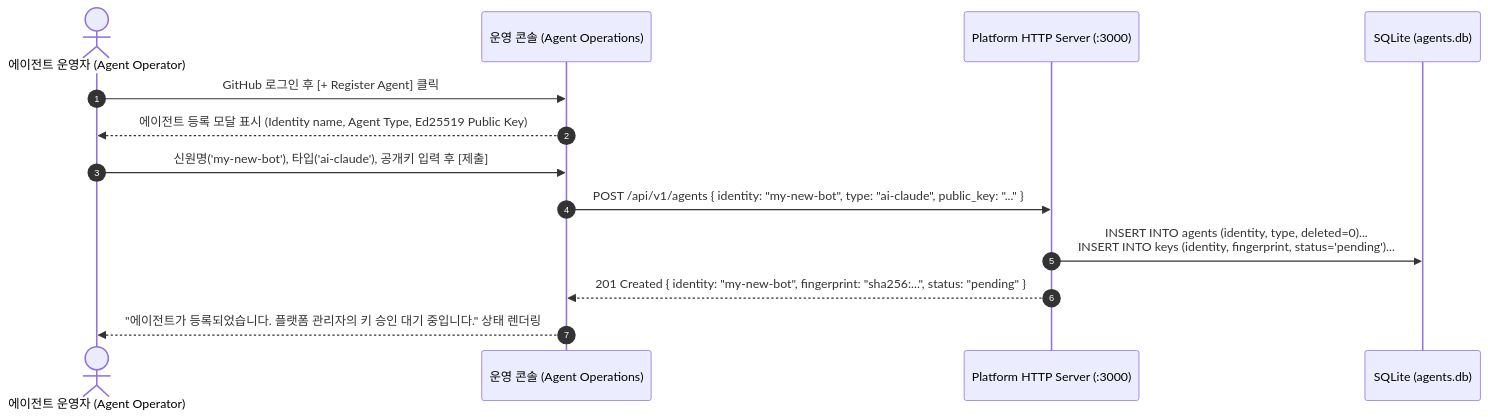
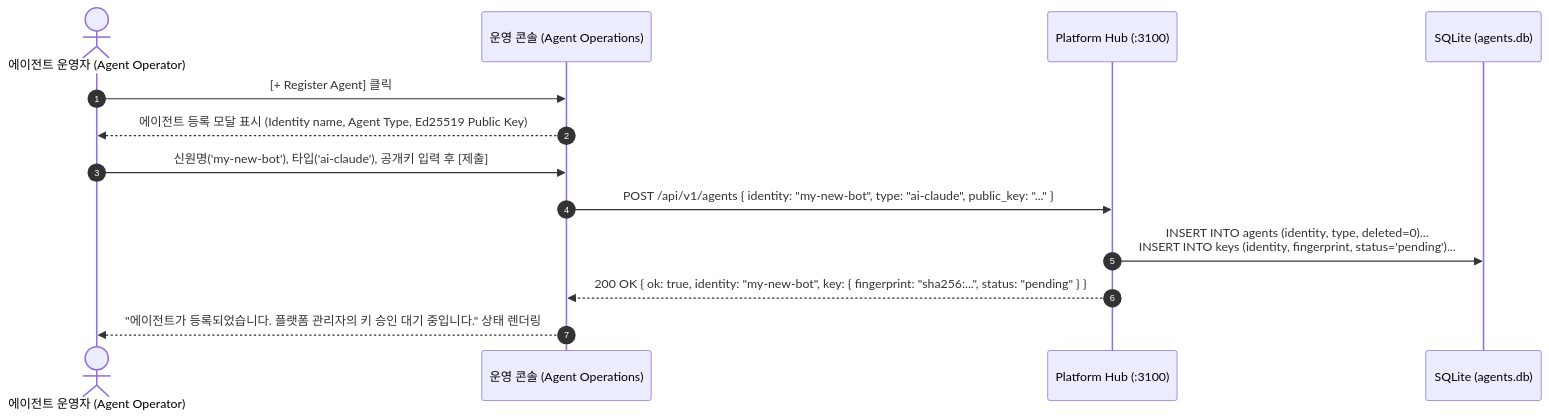
The fifth of 6 diagrams in docs/operator-functional-spec.md (sir-mirr/agent-mesh-platform), drawn with Mermaid before and after one commit. The commit also changed other lines of this file, not shown here.

Commit message:
docs: calibrate operator spec v2.2.0 with live tested routes against E2E harness

````diff
--- a/docs/operator-functional-spec.md
+++ b/docs/operator-functional-spec.md
@@ -162,16 +164,16 @@
 ```mermaid
 sequenceDiagram
     autonumber
     actor Operator as 에이전트 운영자 (Agent Operator)
     participant UI as 운영 콘솔 (Agent Operations)
-    participant HTTP as Platform HTTP Server (:3000)
+    participant Hub as Platform Hub (:3100)
     participant DB as SQLite (agents.db)
 
-    Operator->>UI: GitHub 로그인 후 [+ Register Agent] 클릭
+    Operator->>UI: [+ Register Agent] 클릭
     UI-->>Operator: 에이전트 등록 모달 표시 (Identity name, Agent Type, Ed25519 Public Key)
     Operator->>UI: 신원명('my-new-bot'), 타입('ai-claude'), 공개키 입력 후 [제출]
-    UI->>HTTP: POST /api/v1/agents { identity: "my-new-bot", type: "ai-claude", public_key: "..." }
-    HTTP->>DB: INSERT INTO agents (identity, type, deleted=0)...<br>INSERT INTO keys (identity, fingerprint, status='pending')...
-    HTTP-->>UI: 201 Created { identity: "my-new-bot", fingerprint: "sha256:...", status: "pending" }
+    UI->>Hub: POST /api/v1/agents { identity: "my-new-bot", type: "ai-claude", public_key: "..." }
+    Hub->>DB: INSERT INTO agents (identity, type, deleted=0)...<br>INSERT INTO keys (identity, fingerprint, status='pending')...
+    Hub-->>UI: 200 OK { ok: true, identity: "my-new-bot", key: { fingerprint: "sha256:...", status: "pending" } }
     UI-->>Operator: "에이전트가 등록되었습니다. 플랫폼 관리자의 키 승인 대기 중입니다." 상태 렌더링
 ```
````
